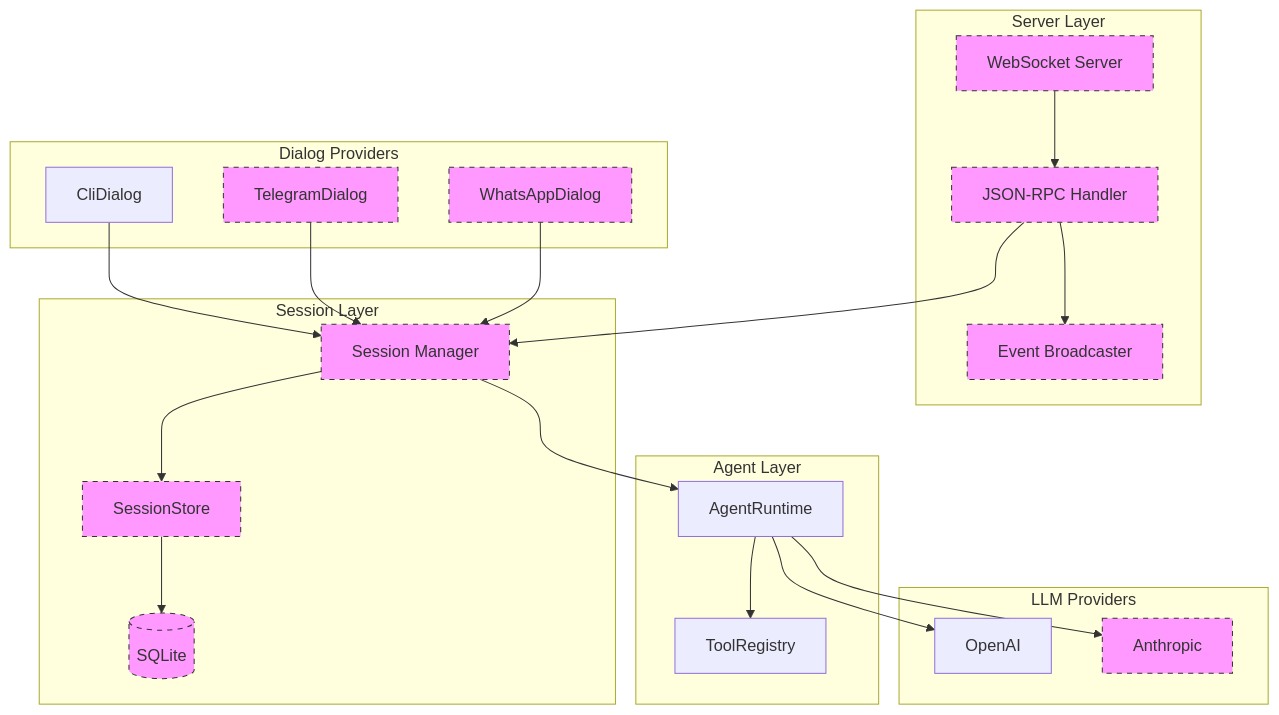
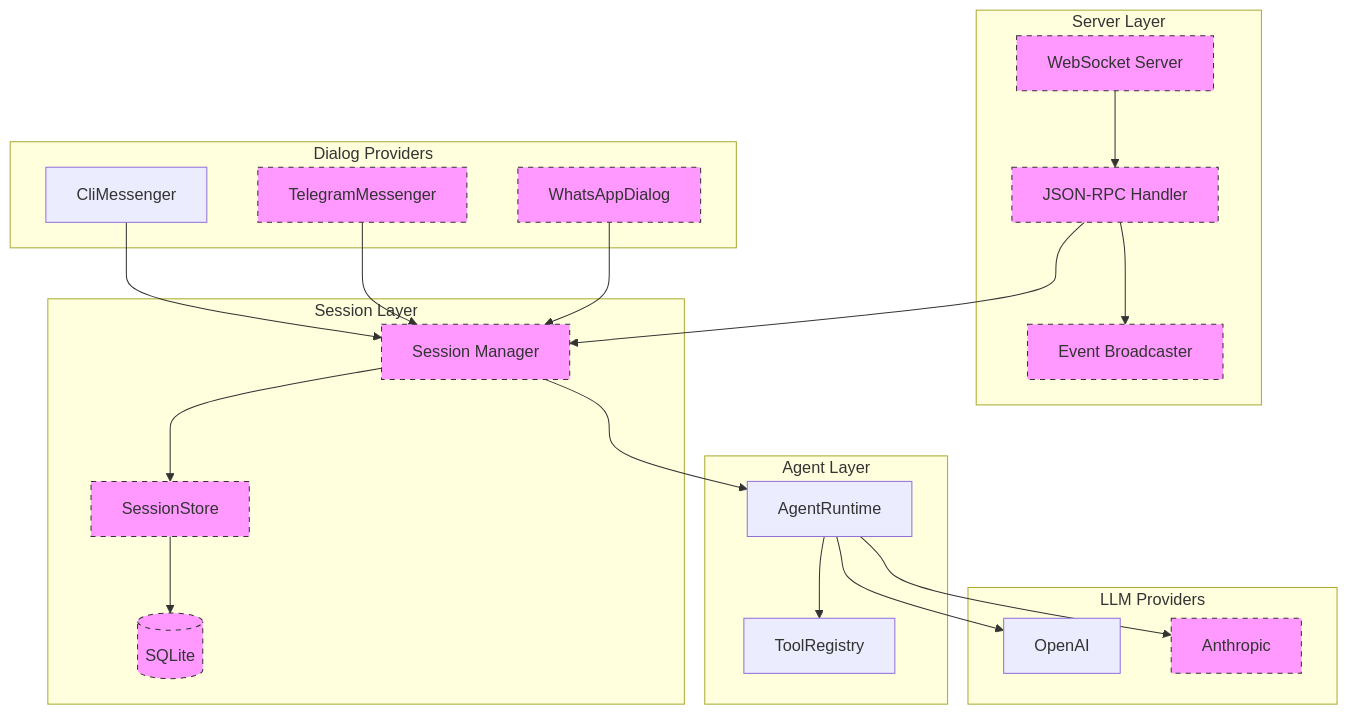
One commit to VM-development/aeon changed the seventh of 7 diagrams in docs/ARCHITECTURE.md. Above: the diagram before and after it, drawn with Mermaid. The commit also changed other lines of this file and 11 other files, not shown here.

Commit message:
feat: Refactor dialog system to messenger system; enhance skills loading and configuration handling

````diff
--- a/docs/ARCHITECTURE.md
+++ b/docs/ARCHITECTURE.md
@@ -629,49 +629,49 @@
 ```mermaid
 graph TB
     subgraph "Dialog Providers"
-        CLI[CliDialog]
-        TG[TelegramDialog]
+        CLI[CliMessenger]
+        TG[TelegramMessenger]
         WA[WhatsAppDialog]
     end
 
     subgraph "Server Layer"
         WS[WebSocket Server]
         RPC[JSON-RPC Handler]
         BC[Event Broadcaster]
     end
 
     subgraph "Session Layer"
         SM[Session Manager]
         SS[SessionStore]
         DB[(SQLite)]
     end
 
     subgraph "Agent Layer"
         RT[AgentRuntime]
         TR[ToolRegistry]
     end
 
     subgraph "LLM Providers"
         OAI[OpenAI]
         ANT[Anthropic]
     end
 
     CLI --> SM
     TG --> SM
     WA --> SM
     
     WS --> RPC
     RPC --> SM
     RPC --> BC
     
     SM --> SS
     SS --> DB
     SM --> RT
     
     RT --> TR
     RT --> OAI
     RT --> ANT
 
     classDef future fill:#f9f,stroke:#333,stroke-dasharray: 5 5
     class TG,WA,WS,RPC,BC,SM,SS,DB,ANT future
 ```
````
